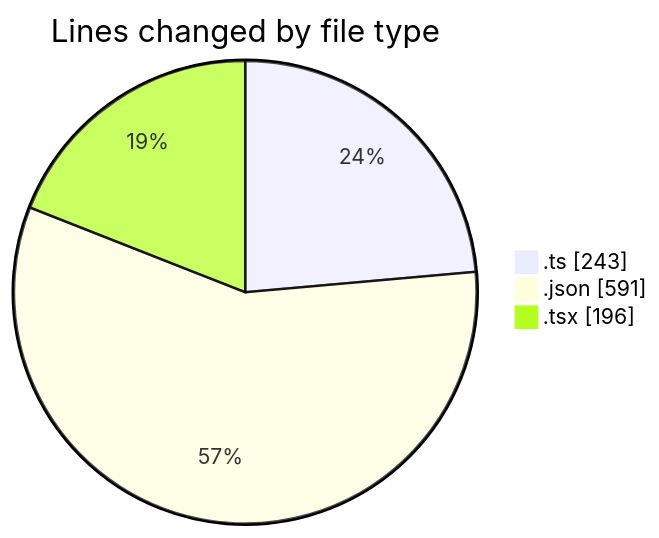
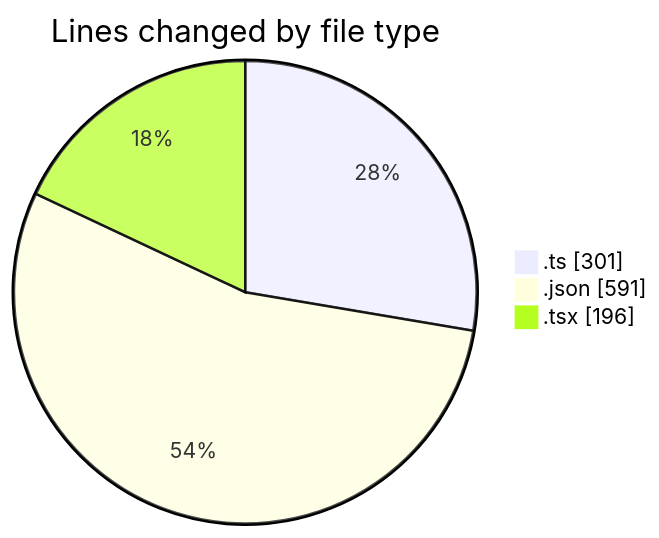
The first of 2 diagrams in 2025-07-12/ribbon/README.md (EIIisD/code-tracking), drawn with Mermaid before and after one commit. The commit also changed other lines of this file and 1 other file, not shown here.

````diff
--- a/2025-07-12/ribbon/README.md
+++ b/2025-07-12/ribbon/README.md
@@ -27,7 +28,7 @@
 ```mermaid
 pie showData
 title Lines changed by file type
-".ts" : 243
+".ts" : 301
 ".json" : 591
 ".tsx" : 196
 ```
````
